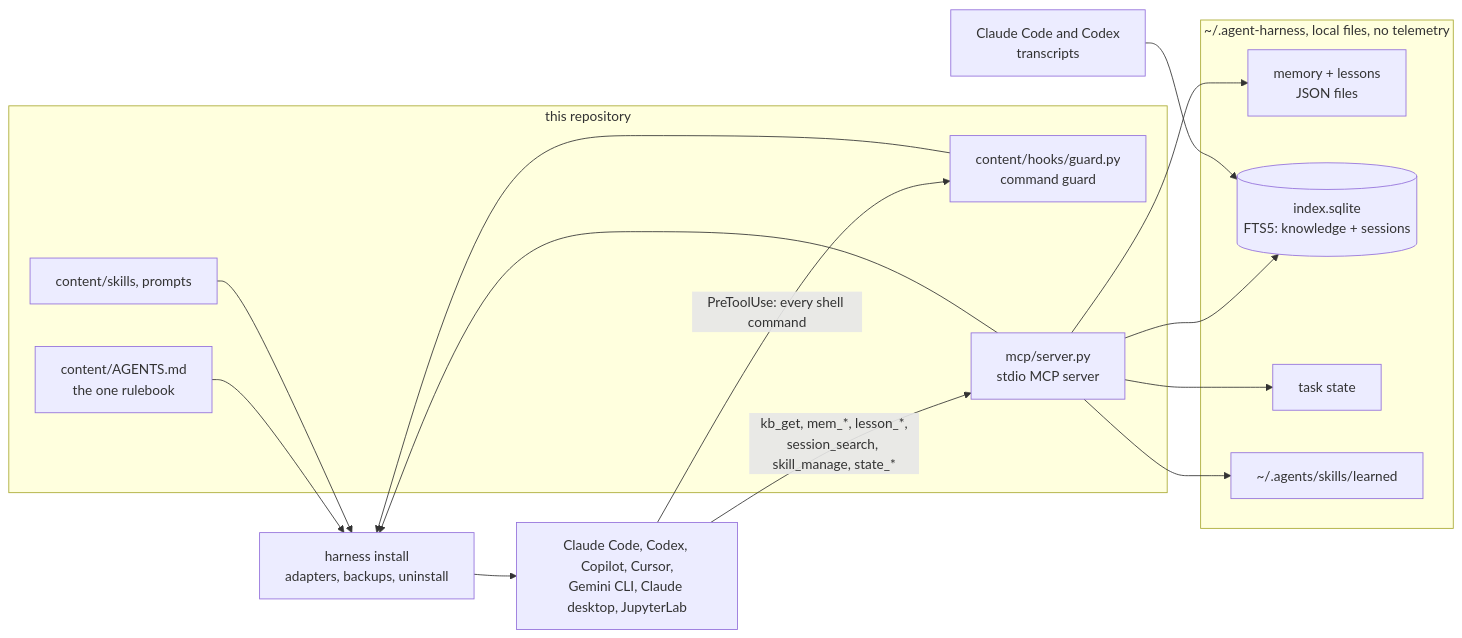
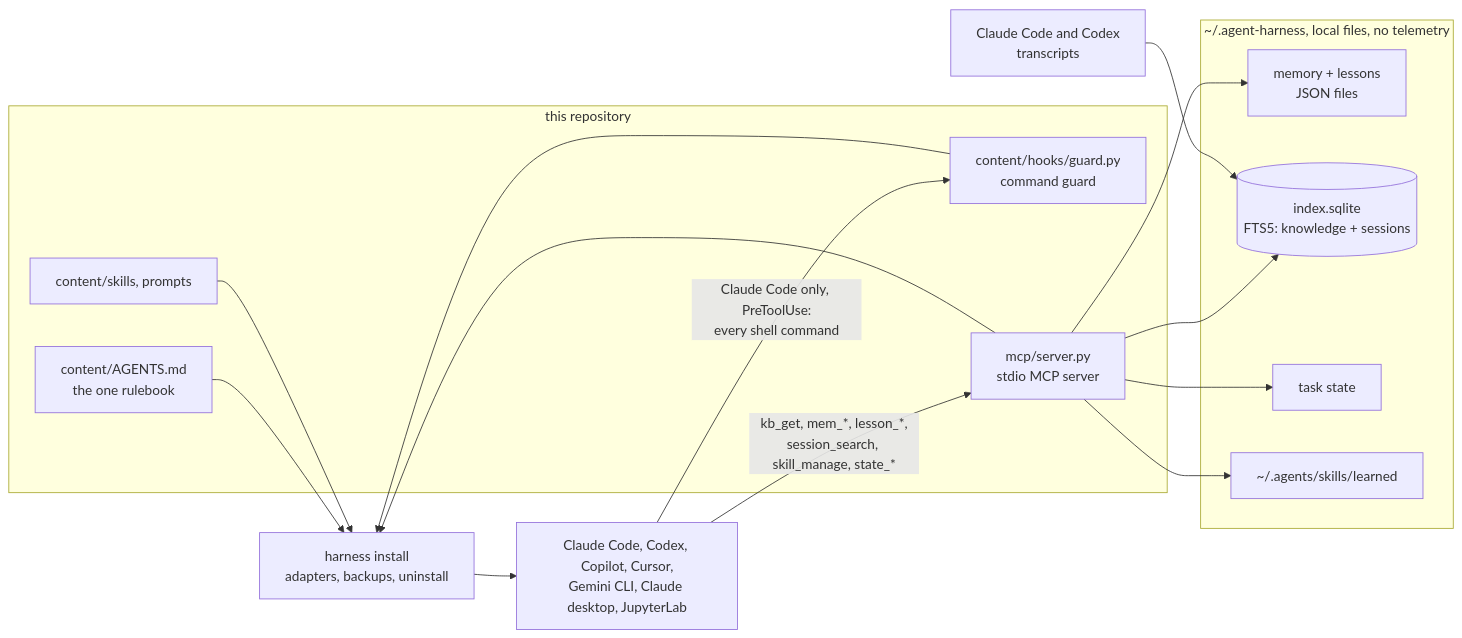
The diagram in README.md (hihihhi/agent-harness), drawn with Mermaid before and after one commit. The commit also changed other lines of this file and 5 other files, not shown here.

````diff
--- a/README.md
+++ b/README.md
@@ -171,28 +178,28 @@
 ```mermaid
 flowchart LR
     subgraph repo["this repository"]
         RULES["content/AGENTS.md<br/>the one rulebook"]
         SKILLS["content/skills, prompts"]
         GUARD["content/hooks/guard.py<br/>command guard"]
         MCP["mcp/server.py<br/>stdio MCP server"]
     end
     INSTALL["harness install<br/>adapters, backups, uninstall"]
     RULES --> INSTALL
     SKILLS --> INSTALL
     GUARD --> INSTALL
     MCP --> INSTALL
     INSTALL --> TOOLS["Claude Code, Codex, Copilot, Cursor,<br/>Gemini CLI, Claude desktop, JupyterLab"]
     TOOLS -- "kb_get, mem_*, lesson_*,<br/>session_search, skill_manage, state_*" --> MCP
-    TOOLS -- "PreToolUse: every shell command" --> GUARD
+    TOOLS -- "Claude Code only, PreToolUse:<br/>every shell command" --> GUARD
     subgraph store["~/.agent-harness, local files, no telemetry"]
         MEM["memory + lessons<br/>JSON files"]
         IDX[("index.sqlite<br/>FTS5: knowledge + sessions")]
         STATE["task state"]
         LEARNED["~/.agents/skills/learned"]
     end
     MCP --> MEM
     MCP --> IDX
     MCP --> STATE
     MCP --> LEARNED
     TRANSCRIPTS["Claude Code and Codex<br/>transcripts"] --> IDX
 ```
````
